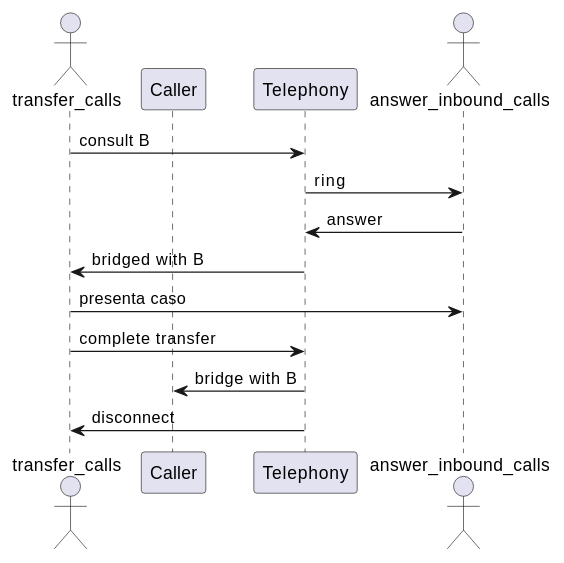
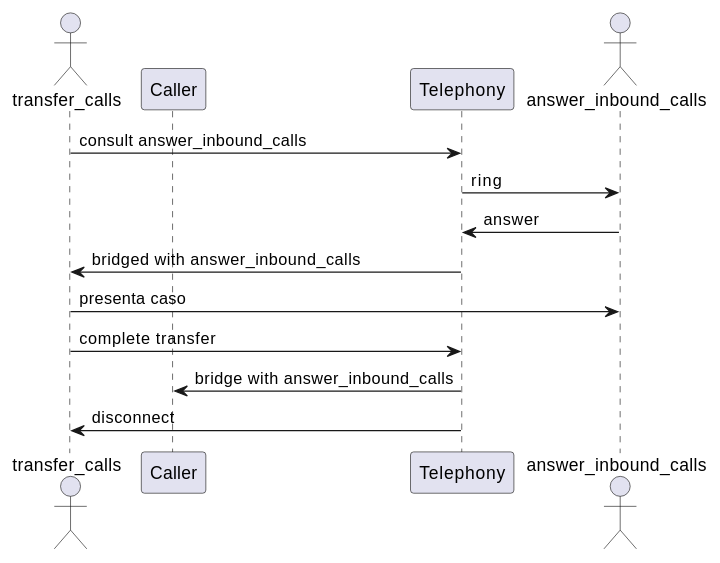
Before and after one commit to jcg-admin/IACT-docs: the fourth of 4 diagrams in source/requisitos/casos-uso/operator/uc-opr-05/diagramas-uml.rst, drawn with PlantUML. The commit also changed other lines of this file and 79 other files, not shown here.

First line of the commit message:
Sweep cryptic aliases in UC diagramas-uml files

```diff
--- a/source/requisitos/casos-uso/operator/uc-opr-05/diagramas-uml.rst
+++ b/source/requisitos/casos-uso/operator/uc-opr-05/diagramas-uml.rst
@@ -65,16 +65,16 @@
 .. uml::
 
  @startuml
- actor "transfer_calls" as A
- participant "Caller" as C
- participant "Telephony" as T
- actor "answer_inbound_calls" as B
- A -> T: consult B
- T -> B: ring
- B -> T: answer
- T -> A: bridged with B
- A -> B: presenta caso
- A -> T: complete transfer
- T -> C: bridge with B
- T -> A: disconnect
+ actor "transfer_calls" as transfer_calls
+ participant "Caller" as Caller
+ participant "Telephony" as Telephony
+ actor "answer_inbound_calls" as answer_inbound_calls
+ transfer_calls -> Telephony: consult answer_inbound_calls
+ Telephony -> answer_inbound_calls: ring
+ answer_inbound_calls -> Telephony: answer
+ Telephony -> transfer_calls: bridged with answer_inbound_calls
+ transfer_calls -> answer_inbound_calls: presenta caso
+ transfer_calls -> Telephony: complete transfer
+ Telephony -> Caller: bridge with answer_inbound_calls
+ Telephony -> transfer_calls: disconnect
  @enduml
```
